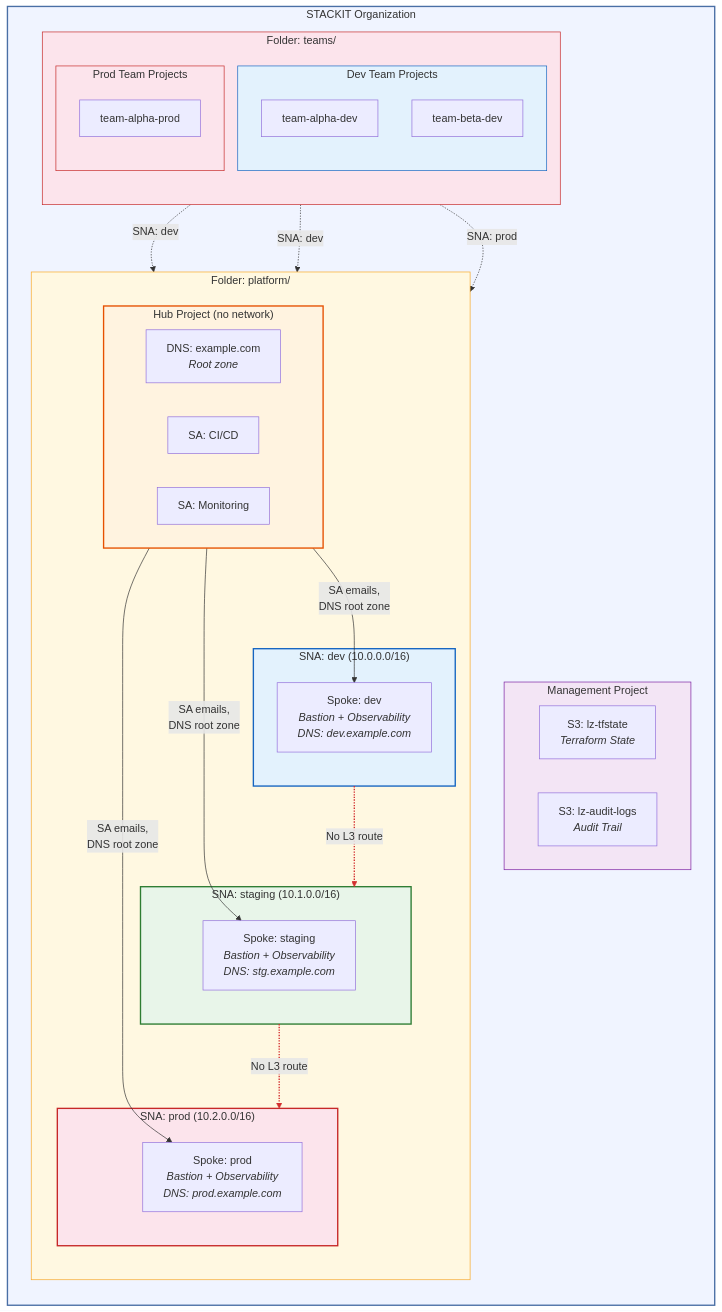
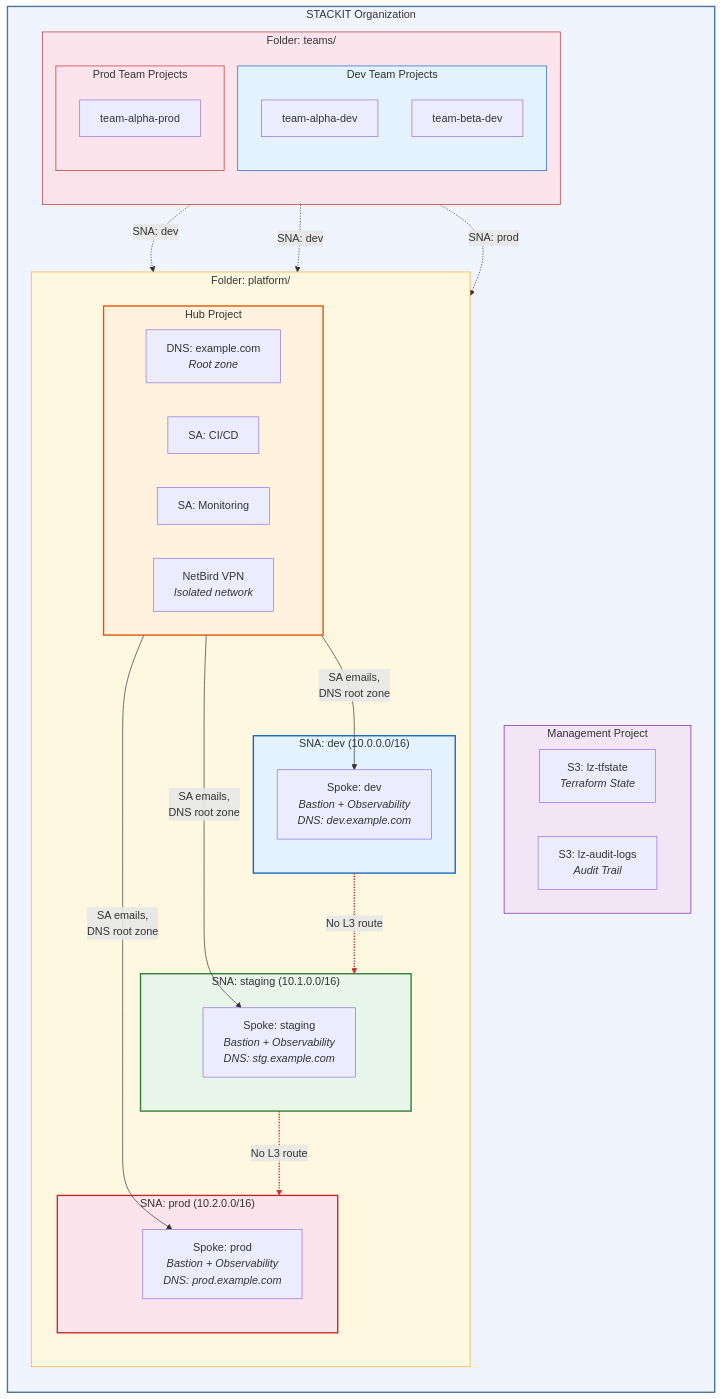
The first of 12 diagrams in docs/architecture.md (Liquid-Reply/stackit-landingzone), drawn with Mermaid before and after one commit. The commit also changed other lines of this file and 28 other files, not shown here.

Commit message:
Feature: Add Netbird VPN

````diff
--- a/docs/architecture.md
+++ b/docs/architecture.md
@@ -5,68 +5,69 @@
 ```mermaid
 graph TB
     subgraph org["STACKIT Organization"]
         direction TB
 
         subgraph mgmt["Management Project"]
             tfstate["S3: lz-tfstate<br/><i>Terraform State</i>"]
             audit["S3: lz-audit-logs<br/><i>Audit Trail</i>"]
         end
 
         subgraph platform["Folder: platform/"]
             direction TB
 
-            subgraph hub["Hub Project (no network)"]
+            subgraph hub["Hub Project"]
                 direction LR
                 dns_root["DNS: example.com<br/><i>Root zone</i>"]
                 sa_cicd["SA: CI/CD"]
                 sa_mon["SA: Monitoring"]
+                netbird_srv["NetBird VPN<br/><i>Isolated network</i>"]
             end
 
             subgraph sna_dev["SNA: dev (10.0.0.0/16)"]
                 spoke_dev["Spoke: dev<br/><i>Bastion + Observability</i><br/><i>DNS: dev.example.com</i>"]
             end
 
             subgraph sna_stg["SNA: staging (10.1.0.0/16)"]
                 spoke_stg["Spoke: staging<br/><i>Bastion + Observability</i><br/><i>DNS: stg.example.com</i>"]
             end
 
             subgraph sna_prod["SNA: prod (10.2.0.0/16)"]
                 spoke_prod["Spoke: prod<br/><i>Bastion + Observability</i><br/><i>DNS: prod.example.com</i>"]
             end
         end
 
         subgraph teams["Folder: teams/"]
             direction TB
             subgraph dev_teams["Dev Team Projects"]
                 alpha_dev["team-alpha-dev"]
                 beta_dev["team-beta-dev"]
             end
             subgraph prod_teams["Prod Team Projects"]
                 alpha_prod["team-alpha-prod"]
             end
         end
     end
 
     hub -->|"SA emails,<br/>DNS root zone"| spoke_dev & spoke_stg & spoke_prod
 
     alpha_dev -.->|"SNA: dev"| sna_dev
     beta_dev -.->|"SNA: dev"| sna_dev
     alpha_prod -.->|"SNA: prod"| sna_prod
 
     sna_dev -.->|"No L3 route"| sna_stg
     sna_stg -.->|"No L3 route"| sna_prod
 
     style org fill:#f0f4ff,stroke:#4a6fa5,stroke-width:2px
     style hub fill:#fff3e0,stroke:#e65100,stroke-width:2px
     style mgmt fill:#f3e5f5,stroke:#7b1fa2,stroke-width:1px
     style platform fill:#fff8e1,stroke:#f9a825,stroke-width:1px
     style teams fill:#fce4ec,stroke:#c62828,stroke-width:1px
     style sna_dev fill:#e3f2fd,stroke:#1565c0,stroke-width:2px
     style sna_stg fill:#e8f5e9,stroke:#2e7d32,stroke-width:2px
     style sna_prod fill:#fce4ec,stroke:#c62828,stroke-width:2px
     style dev_teams fill:#e3f2fd,stroke:#1565c0,stroke-width:1px
     style prod_teams fill:#fce4ec,stroke:#c62828,stroke-width:1px
 
     linkStyle 6 stroke:#d32f2f,stroke-width:2px
     linkStyle 7 stroke:#d32f2f,stroke-width:2px
 ```
````
